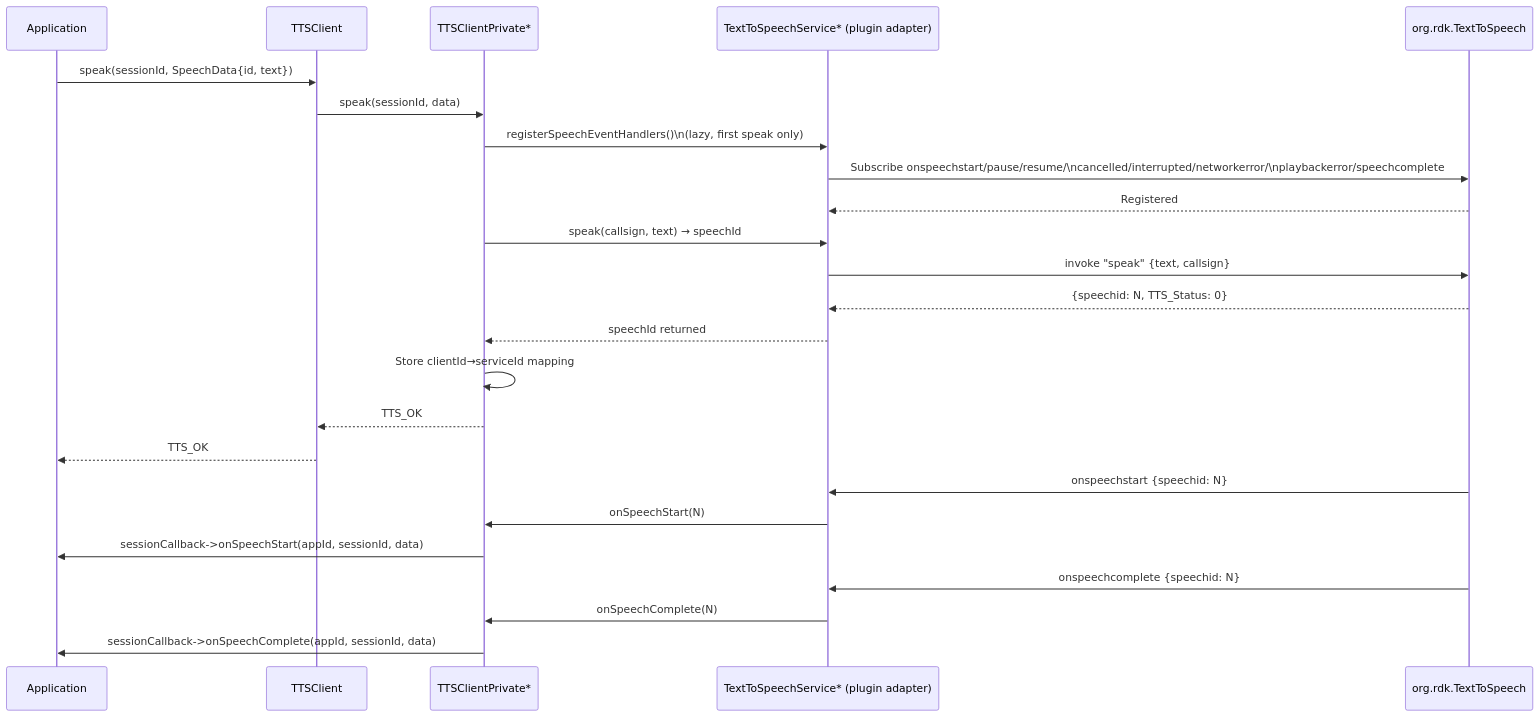
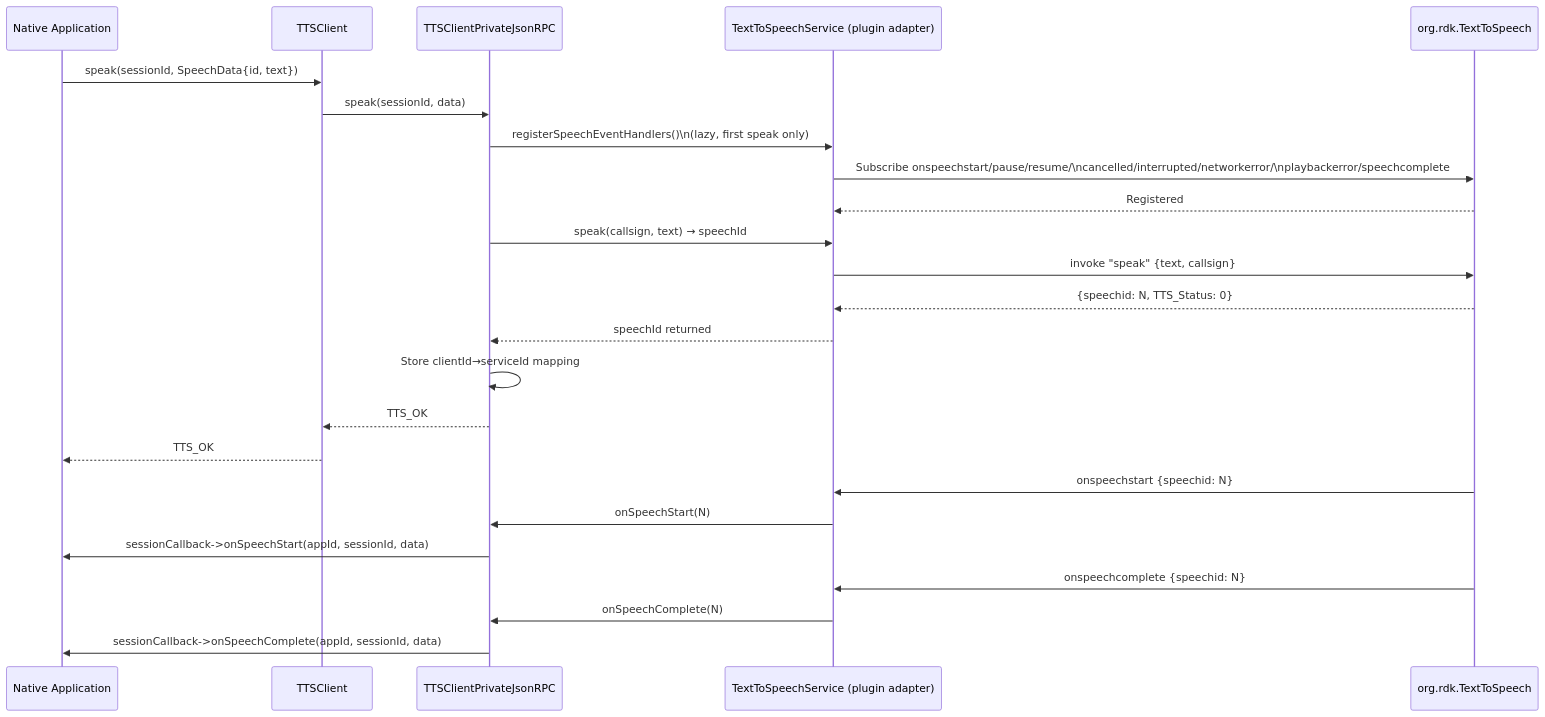
The fifth of 7 diagrams in docs/docu/RDKV-Documentations/tts_engine.md (rns21/RDK_Documentation), drawn with Mermaid before and after one commit. The commit also changed other lines of this file, not shown here.

````diff
--- a/docs/docu/RDKV-Documentations/tts_engine.md
+++ b/docs/docu/RDKV-Documentations/tts_engine.md
@@ -205,29 +211,29 @@
 ```mermaid
 sequenceDiagram
-    participant App as Application
+    participant App as Native Application
     participant TC as TTSClient
-    participant BE as TTSClientPrivate*
-    participant SVC as TextToSpeechService* (plugin adapter)
+    participant BE as TTSClientPrivateJsonRPC
+    participant SVC as TextToSpeechService (plugin adapter)
     participant Thunder as org.rdk.TextToSpeech
 
     App->>TC: speak(sessionId, SpeechData{id, text})
     TC->>BE: speak(sessionId, data)
     BE->>SVC: registerSpeechEventHandlers()\n(lazy, first speak only)
     SVC->>Thunder: Subscribe onspeechstart/pause/resume/\ncancelled/interrupted/networkerror/\nplaybackerror/speechcomplete
     Thunder-->>SVC: Registered
     BE->>SVC: speak(callsign, text) → speechId
     SVC->>Thunder: invoke "speak" {text, callsign}
     Thunder-->>SVC: {speechid: N, TTS_Status: 0}
     SVC-->>BE: speechId returned
     BE->>BE: Store clientId→serviceId mapping
     BE-->>TC: TTS_OK
     TC-->>App: TTS_OK
 
     Thunder->>SVC: onspeechstart {speechid: N}
     SVC->>BE: onSpeechStart(N)
     BE->>App: sessionCallback->onSpeechStart(appId, sessionId, data)
 
     Thunder->>SVC: onspeechcomplete {speechid: N}
     SVC->>BE: onSpeechComplete(N)
     BE->>App: sessionCallback->onSpeechComplete(appId, sessionId, data)
 ```
````
